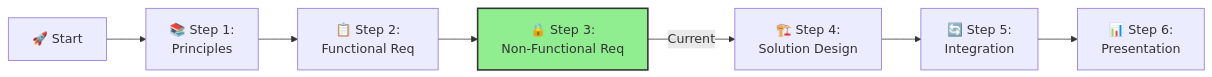
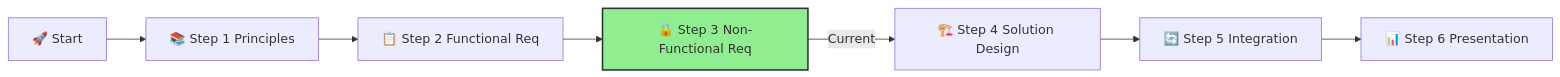
One commit to briandenicola/xlr8-e2eaisolutions changed the diagram in docs/02-agent/ifs-agent-step3-nonfunctional-requirements.md. Above: the diagram before and after it, drawn with Mermaid. The commit also changed other lines of this file and 17 other files, not shown here.

````diff
--- a/docs/02-agent/ifs-agent-step3-nonfunctional-requirements.md
+++ b/docs/02-agent/ifs-agent-step3-nonfunctional-requirements.md
@@ -21,10 +25,10 @@
 ```mermaid
 flowchart LR
-    A[🚀 Start] --> B[📚 Step 1:\nPrinciples]
-    B --> C[📋 Step 2:\nFunctional Req]
-    C --> D[🔒 Step 3:\nNon-Functional Req]
-    D -->|Current| E[🏗️ Step 4:\nSolution Design]
-    E --> F[🔄 Step 5:\nIntegration]
-    F --> G[📊 Step 6:\nPresentation]
+    A[🚀 Start] --> B[📚 Step 1 Principles]
+    B --> C[📋 Step 2 Functional Req]
+    C --> D[🔒 Step 3 Non-Functional Req]
+    D -->|Current| E[🏗️ Step 4 Solution Design]
+    E --> F[🔄 Step 5 Integration]
+    F --> G[📊 Step 6 Presentation]
     style D fill:#90EE90,stroke:#333,stroke-width:2px
 ```
````
